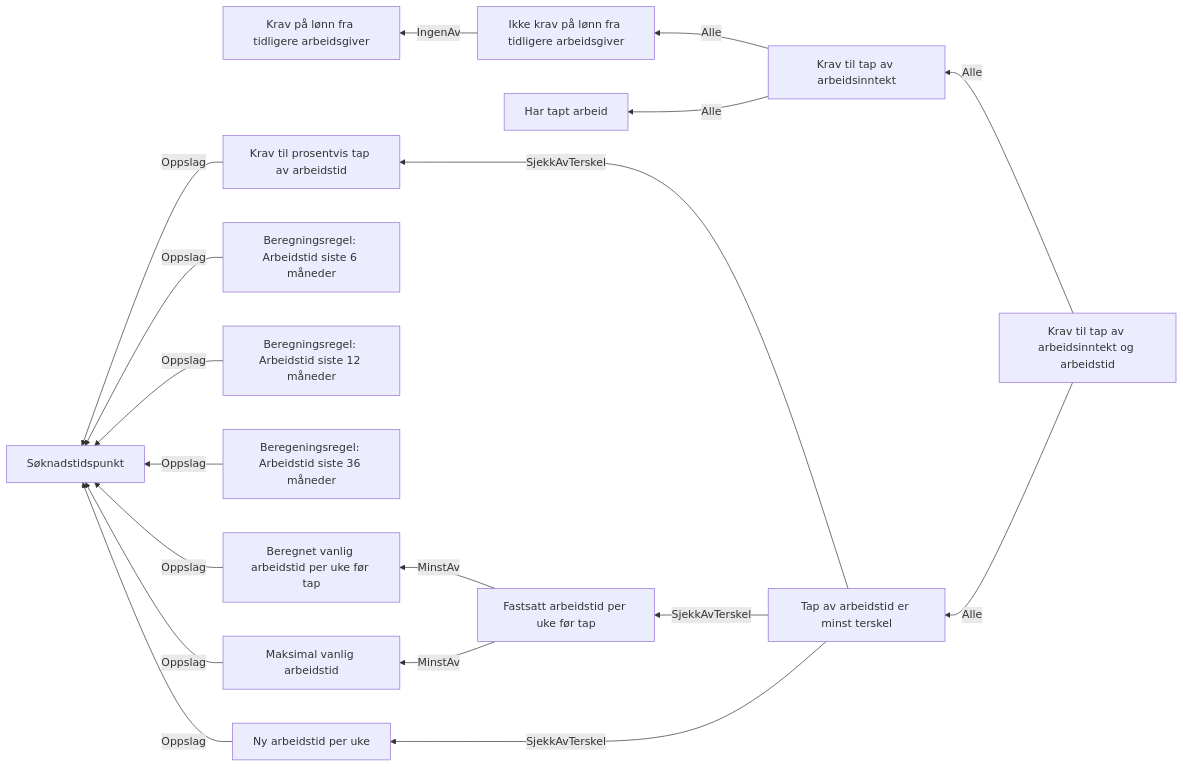
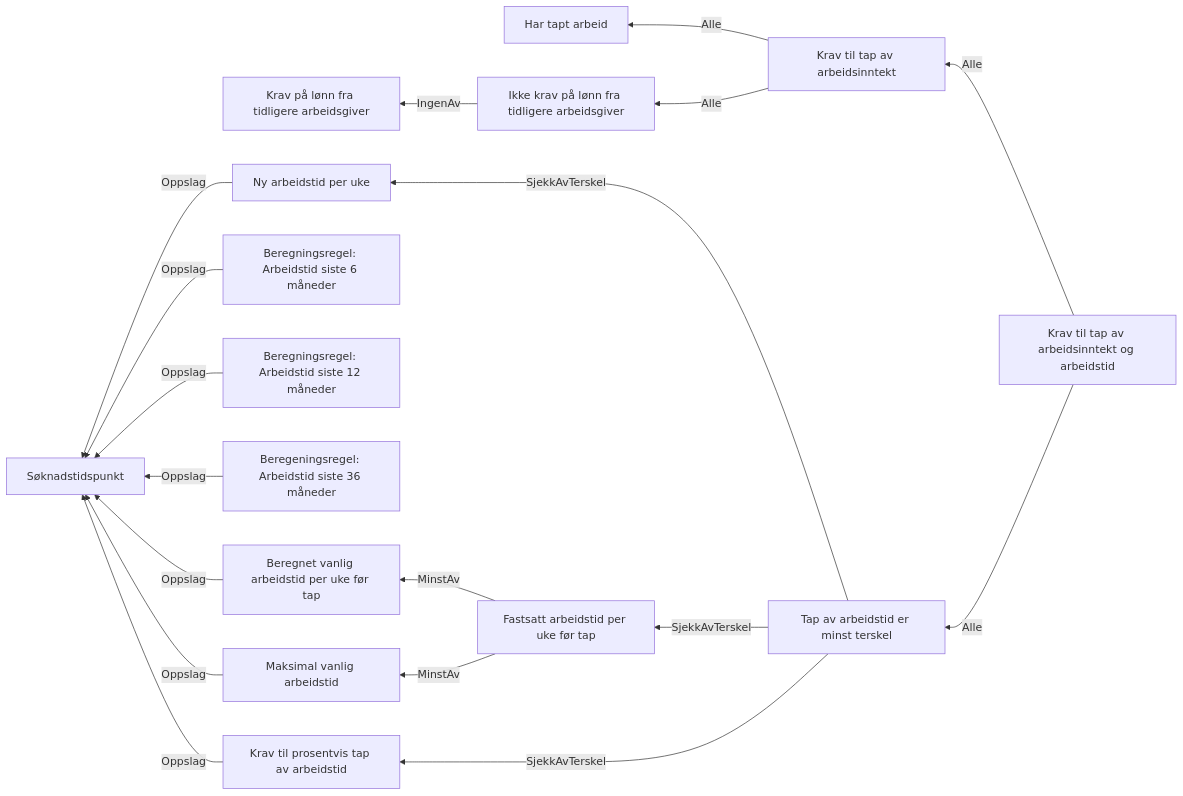
Before and after one commit to navikt/dp-vedtak: the diagram in docs/regler/§ 4-3. Tap av arbeidsinntekt og arbeidstid.approved.md, drawn with Mermaid.

Commit message:
Oppdatere dokken for tapt arbeidsstid.

````diff
--- a/docs/regler/§ 4-3. Tap av arbeidsinntekt og arbeidstid.approved.md
+++ b/docs/regler/§ 4-3. Tap av arbeidsinntekt og arbeidstid.approved.md
@@ -5,20 +5,20 @@
 ```mermaid
 graph RL
   A["Ikke krav på lønn fra tidligere arbeidsgiver"] -->|"IngenAv"| B["Krav på lønn fra tidligere arbeidsgiver"]
   C["Krav til tap av arbeidsinntekt"] -->|"Alle"| D["Har tapt arbeid"]
   C["Krav til tap av arbeidsinntekt"] -->|"Alle"| A["Ikke krav på lønn fra tidligere arbeidsgiver"]
   E["Krav til prosentvis tap av arbeidstid"] -->|"Oppslag"| F["Søknadstidspunkt"]
   G["Beregningsregel: Arbeidstid siste 6 måneder"] -->|"Oppslag"| F["Søknadstidspunkt"]
   H["Beregningsregel: Arbeidstid siste 12 måneder"] -->|"Oppslag"| F["Søknadstidspunkt"]
   I["Beregeningsregel: Arbeidstid siste 36 måneder"] -->|"Oppslag"| F["Søknadstidspunkt"]
   J["Beregnet vanlig arbeidstid per uke før tap"] -->|"Oppslag"| F["Søknadstidspunkt"]
-  K["Maksimal vanlig arbeidstid"] -->|"Oppslag"| F["Søknadstidspunkt"]
-  L["Fastsatt arbeidstid per uke før tap"] -->|"MinstAv"| J["Beregnet vanlig arbeidstid per uke før tap"]
-  L["Fastsatt arbeidstid per uke før tap"] -->|"MinstAv"| K["Maksimal vanlig arbeidstid"]
-  M["Ny arbeidstid per uke"] -->|"Oppslag"| F["Søknadstidspunkt"]
-  N["Tap av arbeidstid er minst terskel"] -->|"SjekkAvTerskel"| M["Ny arbeidstid per uke"]
-  N["Tap av arbeidstid er minst terskel"] -->|"SjekkAvTerskel"| L["Fastsatt arbeidstid per uke før tap"]
+  K["Ny arbeidstid per uke"] -->|"Oppslag"| F["Søknadstidspunkt"]
+  L["Maksimal vanlig arbeidstid"] -->|"Oppslag"| F["Søknadstidspunkt"]
+  M["Fastsatt arbeidstid per uke før tap"] -->|"MinstAv"| J["Beregnet vanlig arbeidstid per uke før tap"]
+  M["Fastsatt arbeidstid per uke før tap"] -->|"MinstAv"| L["Maksimal vanlig arbeidstid"]
+  N["Tap av arbeidstid er minst terskel"] -->|"SjekkAvTerskel"| K["Ny arbeidstid per uke"]
+  N["Tap av arbeidstid er minst terskel"] -->|"SjekkAvTerskel"| M["Fastsatt arbeidstid per uke før tap"]
   N["Tap av arbeidstid er minst terskel"] -->|"SjekkAvTerskel"| E["Krav til prosentvis tap av arbeidstid"]
   O["Krav til tap av arbeidsinntekt og arbeidstid"] -->|"Alle"| C["Krav til tap av arbeidsinntekt"]
   O["Krav til tap av arbeidsinntekt og arbeidstid"] -->|"Alle"| N["Tap av arbeidstid er minst terskel"]
 ```
````
